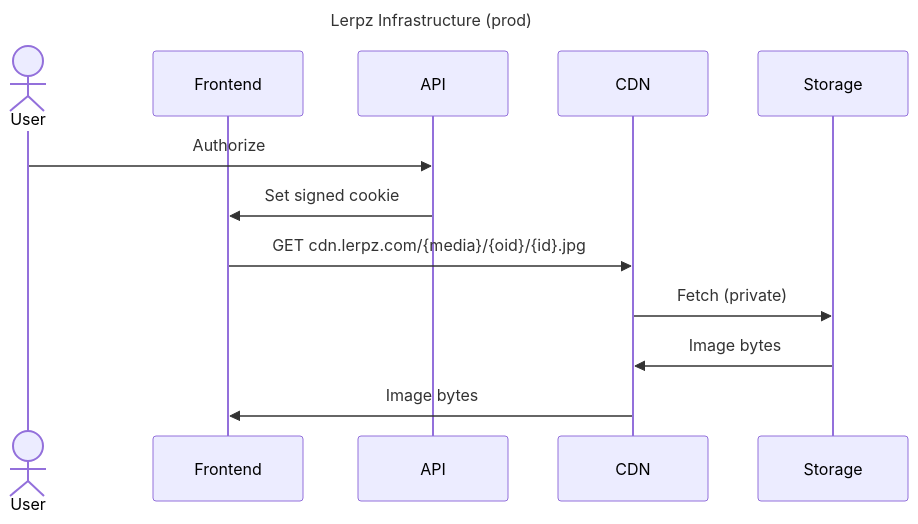
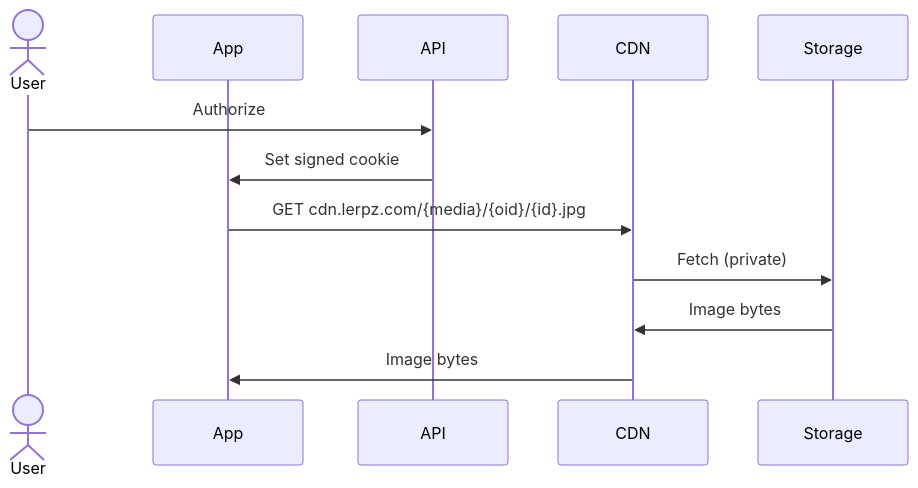
Before and after one commit to Kanerix/lerpz-com: the second of 2 diagrams in docs/INFRA.md, drawn with Mermaid. The commit also changed other lines of this file, not shown here.

Commit message:
docs: bring the infrastructure doc up to date

````diff
--- a/docs/INFRA.md
+++ b/docs/INFRA.md
@@ -42,18 +121,15 @@
 ```mermaid
----
-title: Lerpz Infrastructure (prod)
----
 sequenceDiagram
     actor User
-    participant Frontend
+    participant App
     participant API
     participant CDN
     participant Storage
 
     User->>API: Authorize
-    API->>Frontend: Set signed cookie
-    Frontend->>CDN: GET cdn.lerpz.com/{media}/{oid}/{id}.jpg
+    API->>App: Set signed cookie
+    App->>CDN: GET cdn.lerpz.com/{media}/{oid}/{id}.jpg
     CDN->>Storage: Fetch (private)
     Storage->>CDN: Image bytes
-    CDN->>Frontend: Image bytes
+    CDN->>App: Image bytes
 ```
````
